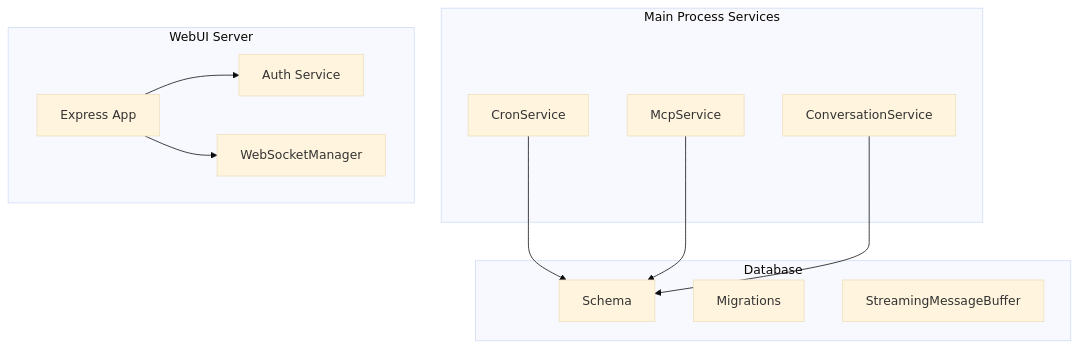
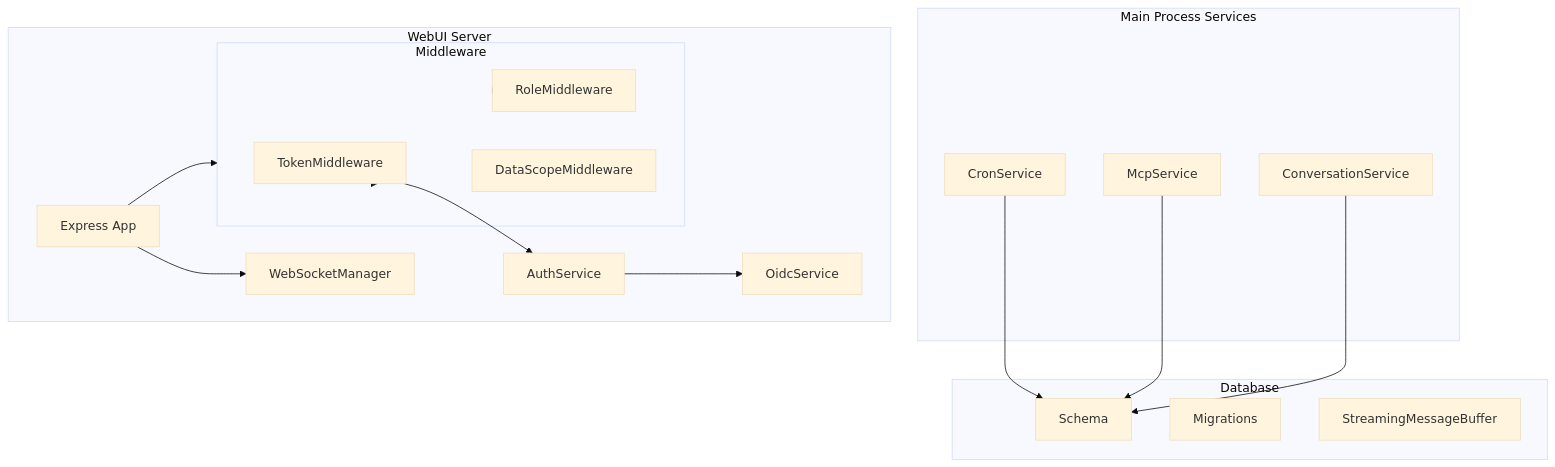
Before and after one commit to jrmatherly/aionui: the fifth of 9 diagrams in docs/architecture/ARCHITECTURE.md, drawn with Mermaid (base theme). The commit also changed other lines of this file and 9 other files, not shown here.

````diff
--- a/docs/architecture/ARCHITECTURE.md
+++ b/docs/architecture/ARCHITECTURE.md
@@ -180,26 +182,39 @@
 ```mermaid
 graph TB
     subgraph "Main Process Services"
         Cron[CronService]
         MCP[McpService]
         Conv[ConversationService]
     end
 
     subgraph "Database"
         Schema[Schema]
         Migrations[Migrations]
         Buffer[StreamingMessageBuffer]
     end
 
     subgraph "WebUI Server"
         Express[Express App]
         WS[WebSocketManager]
-        Auth[Auth Service]
+        AuthSvc[AuthService]
+        OidcSvc[OidcService]
+        Middleware[Middleware Layer]
+    end
+
+    subgraph "Middleware"
+        Token[TokenMiddleware]
+        Role[RoleMiddleware]
+        DataScope[DataScopeMiddleware]
     end
 
     Cron --> Schema
     MCP --> Schema
     Conv --> Schema
-    Express --> Auth
+    Express --> Middleware
     Express --> WS
+    Middleware --> Token
+    Middleware --> Role
+    Middleware --> DataScope
+    Token --> AuthSvc
+    AuthSvc --> OidcSvc
 ```
````
